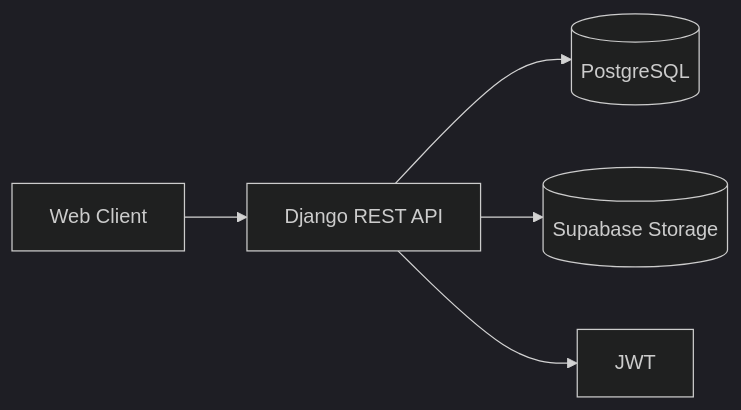
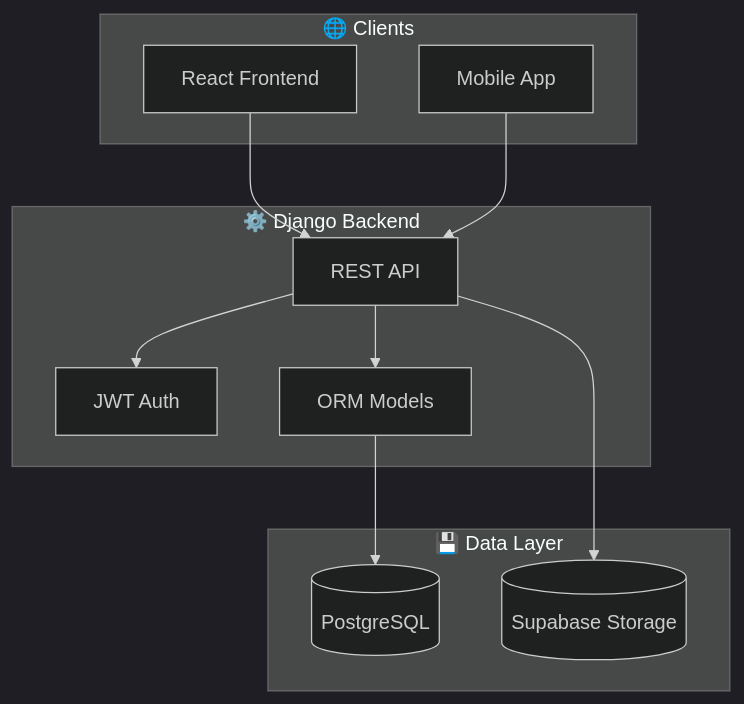
The first of 2 diagrams in backend/README.md (jiaamasum/crowdfunding-trading-platform-ctr), drawn with Mermaid (dark theme) before and after one commit. The commit also changed other lines of this file and 4 other files, not shown here.

````diff
--- a/backend/README.md
+++ b/backend/README.md
@@ -52,7 +106,25 @@
 ```mermaid
-flowchart LR
-  Client[Web Client] --> API[Django REST API]
-  API --> DB[(PostgreSQL)]
-  API --> Storage[(Supabase Storage)]
-  API --> Auth[JWT]
+flowchart TB
+    subgraph Client["🌐 Clients"]
+        Web[React Frontend]
+        Mobile[Mobile App]
+    end
+    
+    subgraph Backend["⚙️ Django Backend"]
+        API[REST API]
+        Auth[JWT Auth]
+        Models[ORM Models]
+    end
+    
+    subgraph Data["💾 Data Layer"]
+        DB[(PostgreSQL)]
+        Storage[(Supabase Storage)]
+    end
+    
+    Web --> API
+    Mobile --> API
+    API --> Auth
+    API --> Models
+    Models --> DB
+    API --> Storage
 ```
````
